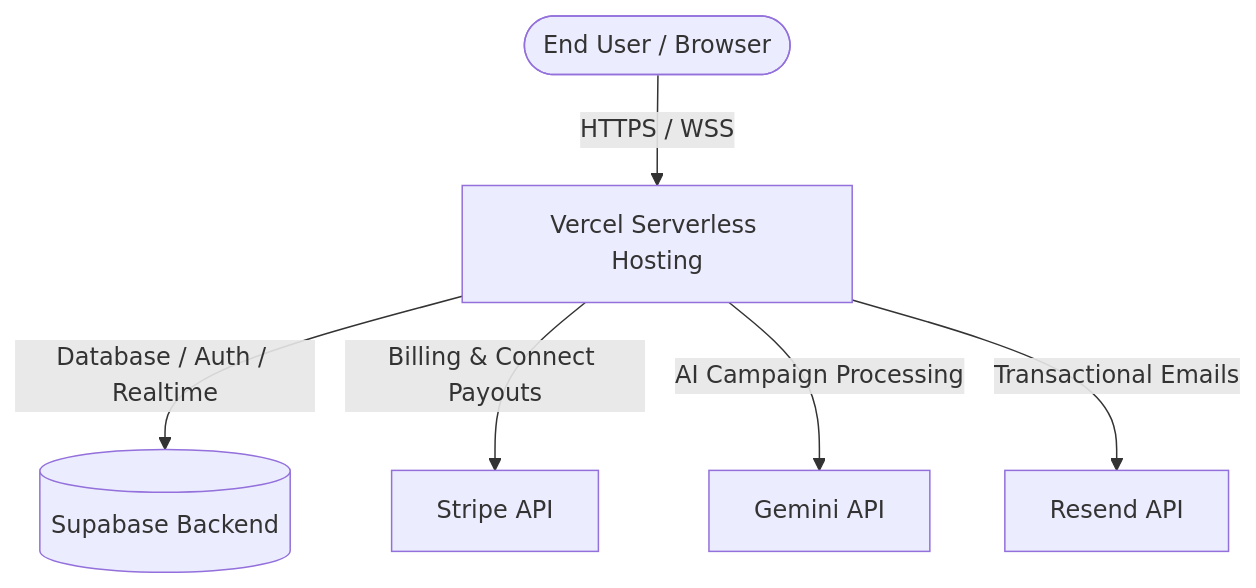
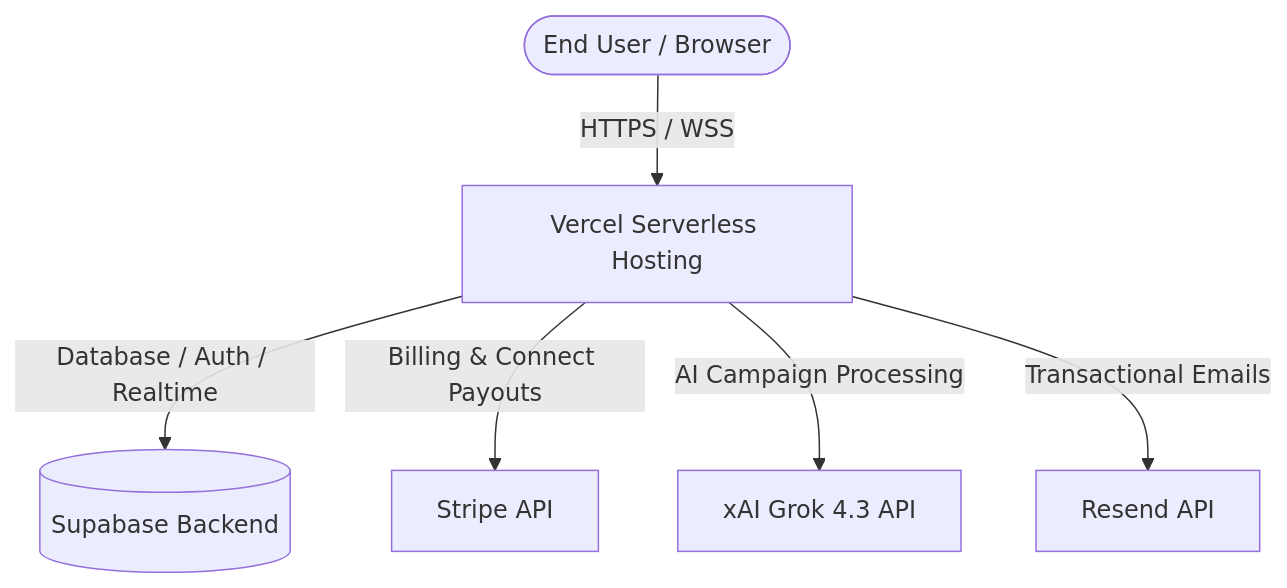
One commit to VenenoGT3/Aether changed the diagram in docs/launch.md. Above: the diagram before and after it, drawn with Mermaid. The commit also changed other lines of this file and 15 other files, not shown here.

````diff
--- a/docs/launch.md
+++ b/docs/launch.md
@@ -15,8 +15,8 @@
 ```mermaid
 graph TD
     User([End User / Browser]) -->|HTTPS / WSS| Vercel[Vercel Serverless Hosting]
     Vercel -->|Database / Auth / Realtime| Supabase[(Supabase Backend)]
     Vercel -->|Billing & Connect Payouts| Stripe[Stripe API]
-    Vercel -->|AI Campaign Processing| Gemini[Gemini API]
+    Vercel -->|AI Campaign Processing| Grok[xAI Grok 4.3 API]
     Vercel -->|Transactional Emails| Resend[Resend API]
 ```
````
